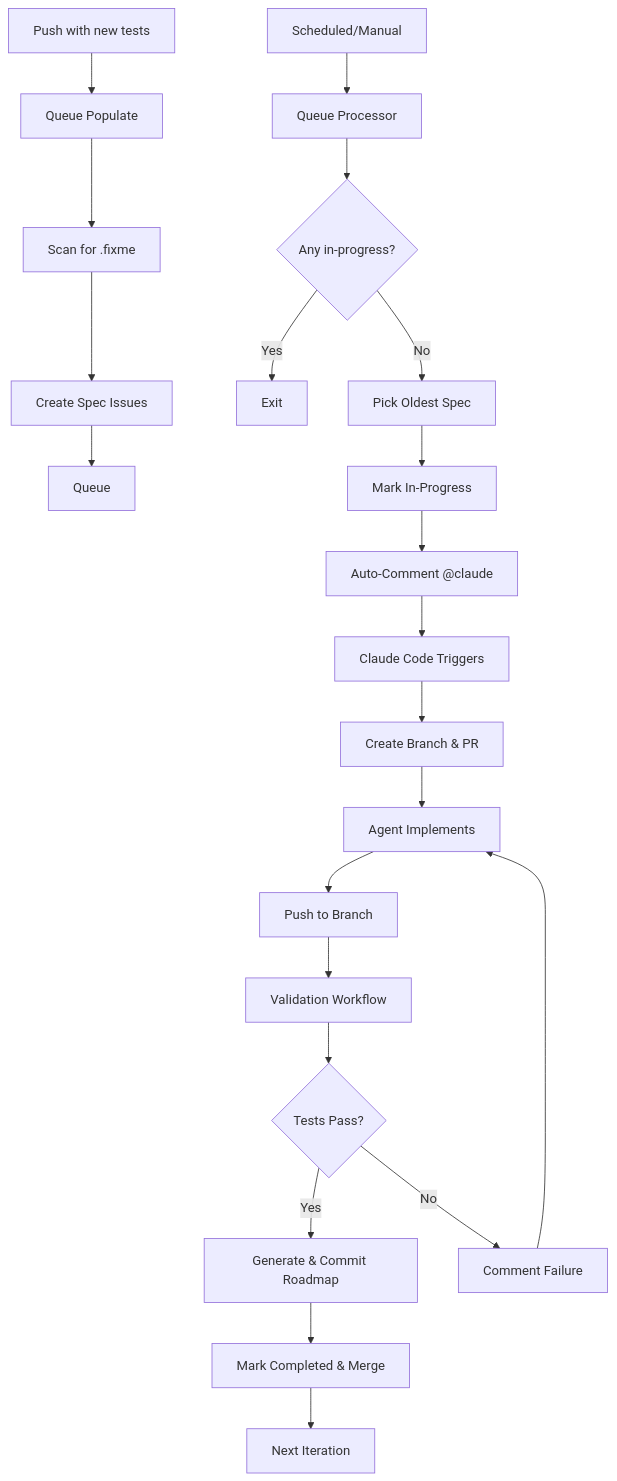
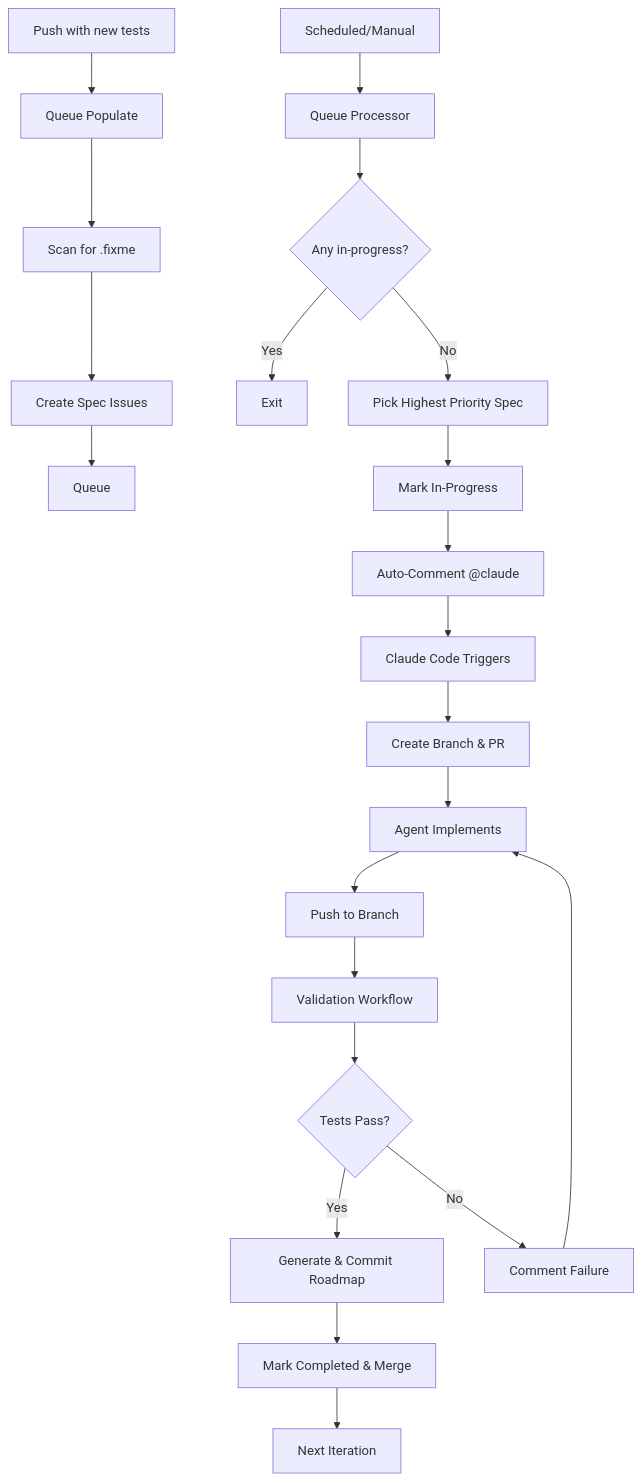
The diagram in docs/development/tdd-automation-pipeline.md (sovrium/sovrium), drawn with Mermaid before and after one commit. The commit also changed other lines of this file and 2 other files, not shown here.

First line of the commit message:
docs: update TDD documentation for priority-based queue ordering

````diff
--- a/docs/development/tdd-automation-pipeline.md
+++ b/docs/development/tdd-automation-pipeline.md
@@ -11,24 +11,24 @@
 ```mermaid
 graph TD
     A[Push with new tests] --> B[Queue Populate]
     B --> C[Scan for .fixme]
     C --> D[Create Spec Issues]
     D --> E[Queue]
     F[Scheduled/Manual] --> G[Queue Processor]
     G --> H{Any in-progress?}
     H -->|Yes| I[Exit]
-    H -->|No| J[Pick Oldest Spec]
+    H -->|No| J[Pick Highest Priority Spec]
     J --> K[Mark In-Progress]
     K --> L[Auto-Comment @claude]
     L --> M[Claude Code Triggers]
     M --> N[Create Branch & PR]
     N --> O[Agent Implements]
     O --> P[Push to Branch]
     P --> Q[Validation Workflow]
     Q --> R{Tests Pass?}
     R -->|Yes| S[Generate & Commit Roadmap]
     S --> T[Mark Completed & Merge]
     R -->|No| U[Comment Failure]
     U --> O
     T --> V[Next Iteration]
 ```
````
